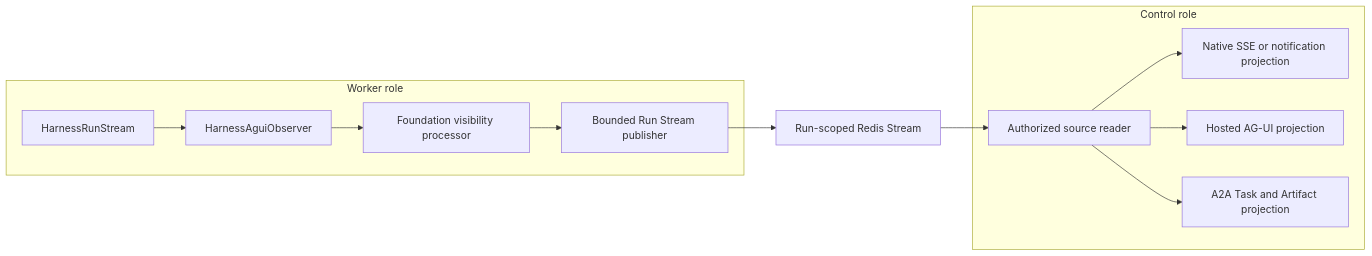
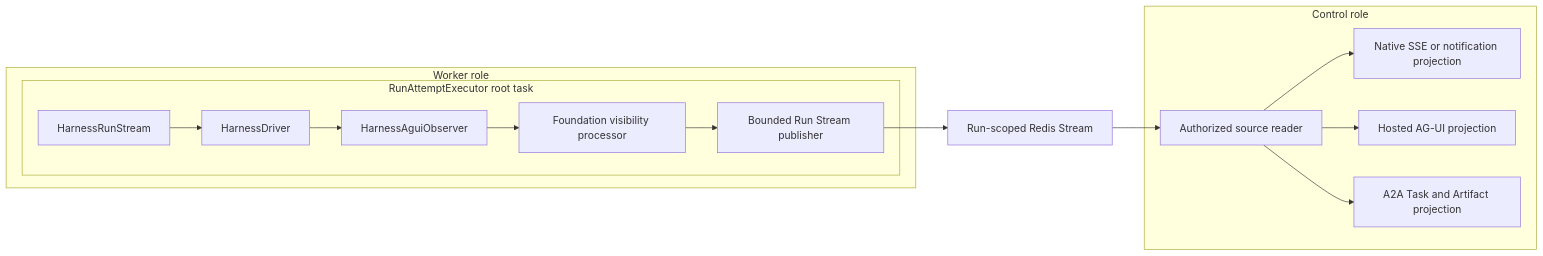
One commit to LTThreeComma/agent-foundation changed the diagram in spec/foundation-service/25-events-usage-and-delivery.md. Above: the diagram before and after it, drawn with Mermaid. The commit also changed other lines of this file and 21 other files, not shown here.

First line of the commit message:
docs(foundation): define attempt execution and environment bindings (#131)

````diff
--- a/spec/foundation-service/25-events-usage-and-delivery.md
+++ b/spec/foundation-service/25-events-usage-and-delivery.md
@@ -28,22 +28,25 @@
 ```mermaid
 flowchart LR
     subgraph Worker[Worker role]
-        Harness[HarnessRunStream]
-        Observer[HarnessAguiObserver]
-        Processor[Foundation visibility processor]
-        Publisher[Bounded Run Stream publisher]
-        Harness --> Observer --> Processor --> Publisher
+        subgraph Executor[RunAttemptExecutor root task]
+            Harness[HarnessRunStream]
+            Driver[HarnessDriver]
+            Observer[HarnessAguiObserver]
+            Processor[Foundation visibility processor]
+            Publisher[Bounded Run Stream publisher]
+            Harness --> Driver --> Observer --> Processor --> Publisher
+        end
     end
 
     Redis[Run-scoped Redis Stream]
 
     subgraph Control[Control role]
         Subscriber[Authorized source reader]
         Native[Native SSE or notification projection]
         Agui[Hosted AG-UI projection]
         A2A[A2A Task and Artifact projection]
         Subscriber --> Native & Agui & A2A
     end
 
     Publisher --> Redis --> Subscriber
 ```
````
